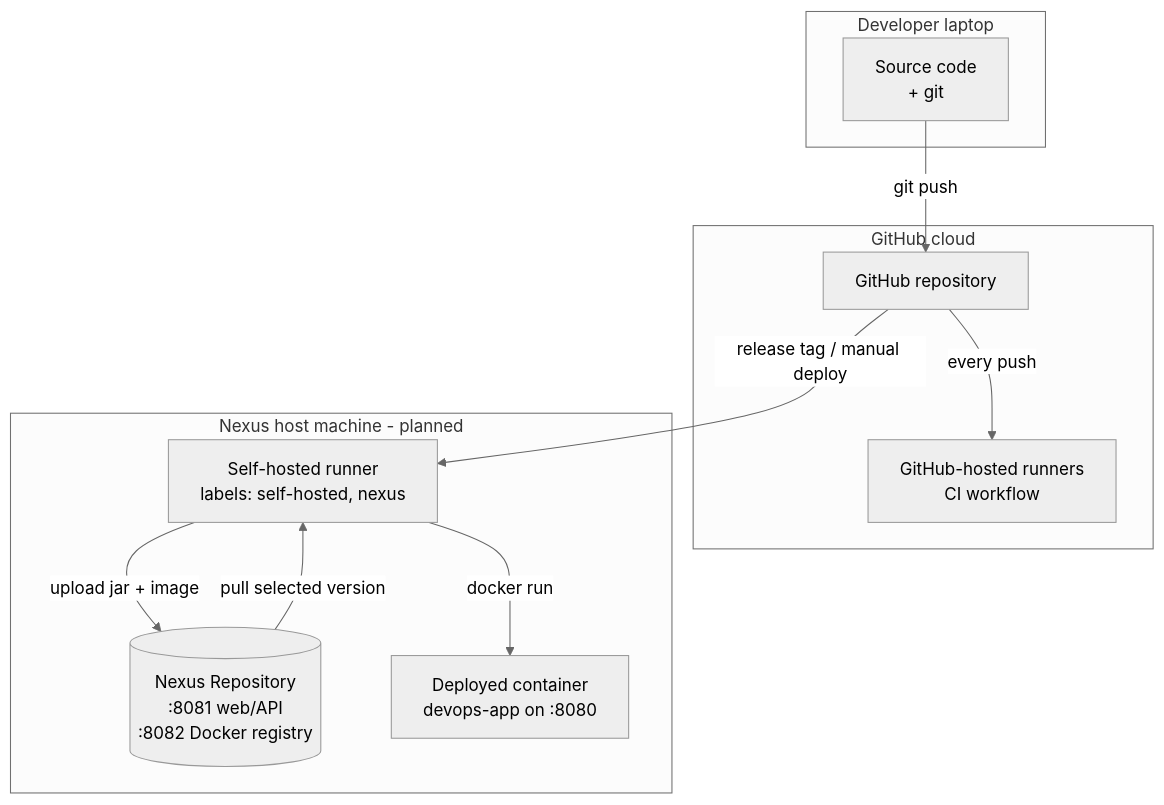
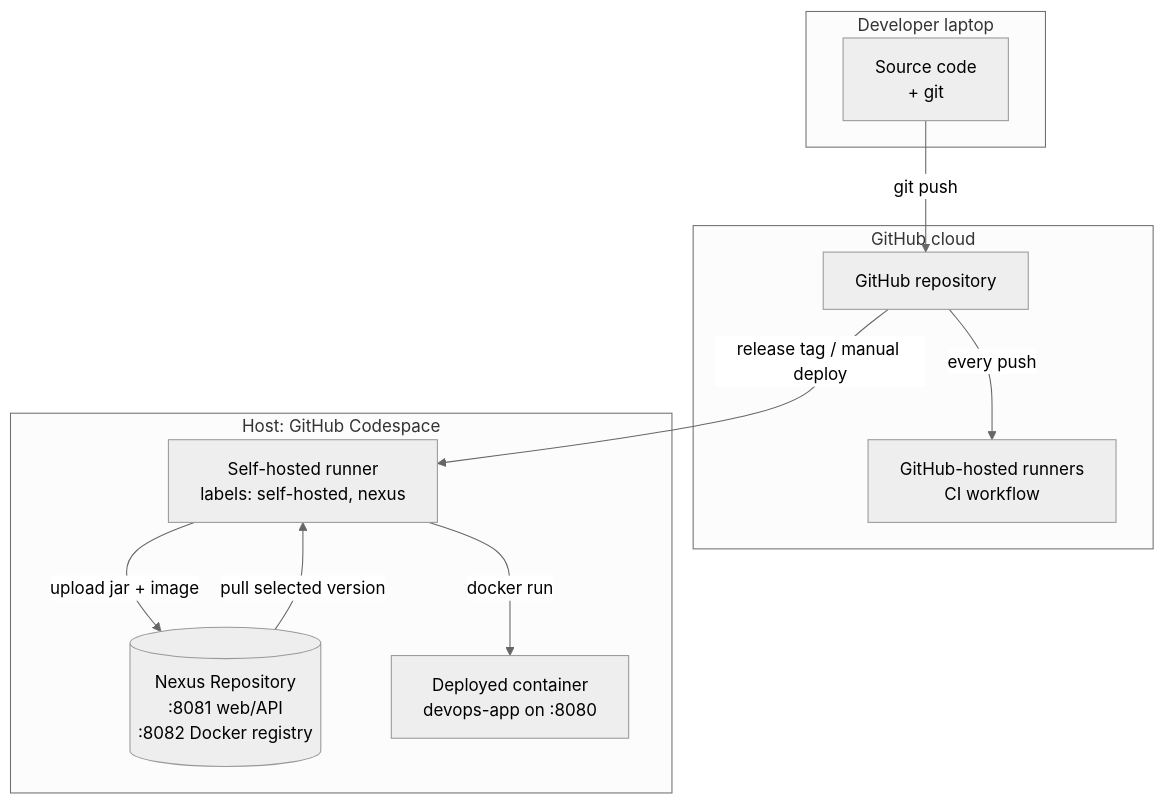
One commit to manaymehta/devops-nexus-pipeline changed the first of 9 diagrams in docs/ARCHITECTURE.md. Above: the diagram before and after it, drawn with Mermaid (neutral theme). The commit also changed other lines of this file and 5 other files, not shown here.

Commit message:
docs: codespace host, verified release/deploy/rollback, current state; skip Nexus setup test on tags

````diff
--- a/docs/ARCHITECTURE.md
+++ b/docs/ARCHITECTURE.md
@@ -37,24 +37,24 @@
 ```mermaid
 flowchart TB
     subgraph laptop["Developer laptop"]
         code["Source code<br/>+ git"]
     end
 
     subgraph cloud["GitHub cloud"]
         repo["GitHub repository"]
         hosted["GitHub-hosted runners<br/>CI workflow"]
     end
 
-    subgraph host["Nexus host machine - planned"]
+    subgraph host["Host: GitHub Codespace"]
         runner["Self-hosted runner<br/>labels: self-hosted, nexus"]
         nexus[("Nexus Repository<br/>:8081 web/API<br/>:8082 Docker registry")]
         app["Deployed container<br/>devops-app on :8080"]
     end
 
     code -- "git push" --> repo
     repo -- "every push" --> hosted
     repo -- "release tag / manual deploy" --> runner
     runner -- "upload jar + image" --> nexus
     nexus -- "pull selected version" --> runner
     runner -- "docker run" --> app
 ```
````
